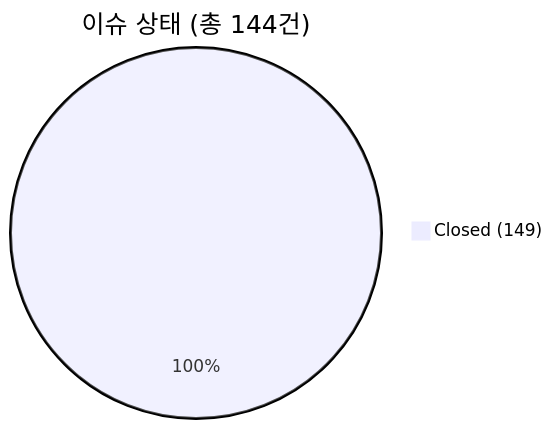
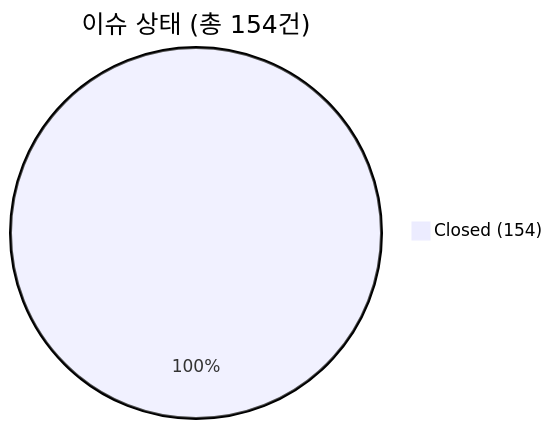
One commit to holee9/MD-process changed the first of 3 diagrams in README.md. Above: the diagram before and after it, drawn with Mermaid. The commit also changed other lines of this file and 1 other file, not shown here.

````diff
--- a/README.md
+++ b/README.md
@@ -129,4 +129,4 @@
 ```mermaid
-pie title 이슈 상태 (총 144건)
-    "Closed (149)" : 149
+pie title 이슈 상태 (총 154건)
+    "Closed (154)" : 154
 ```
````
